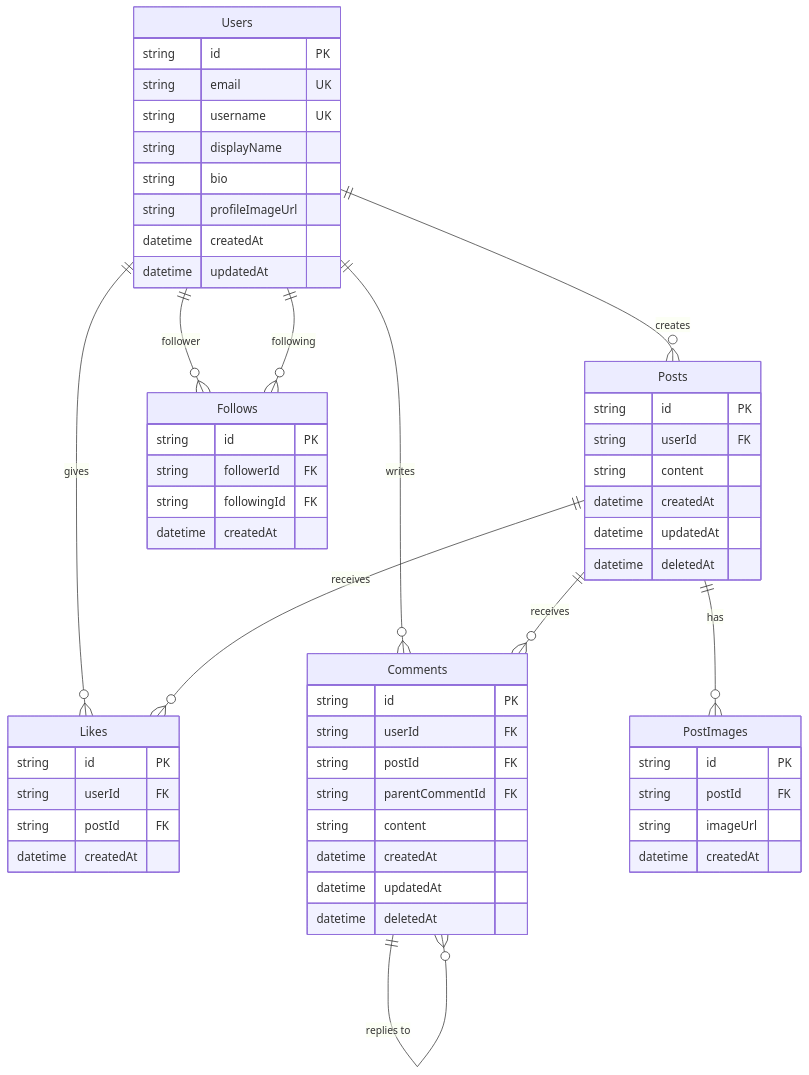
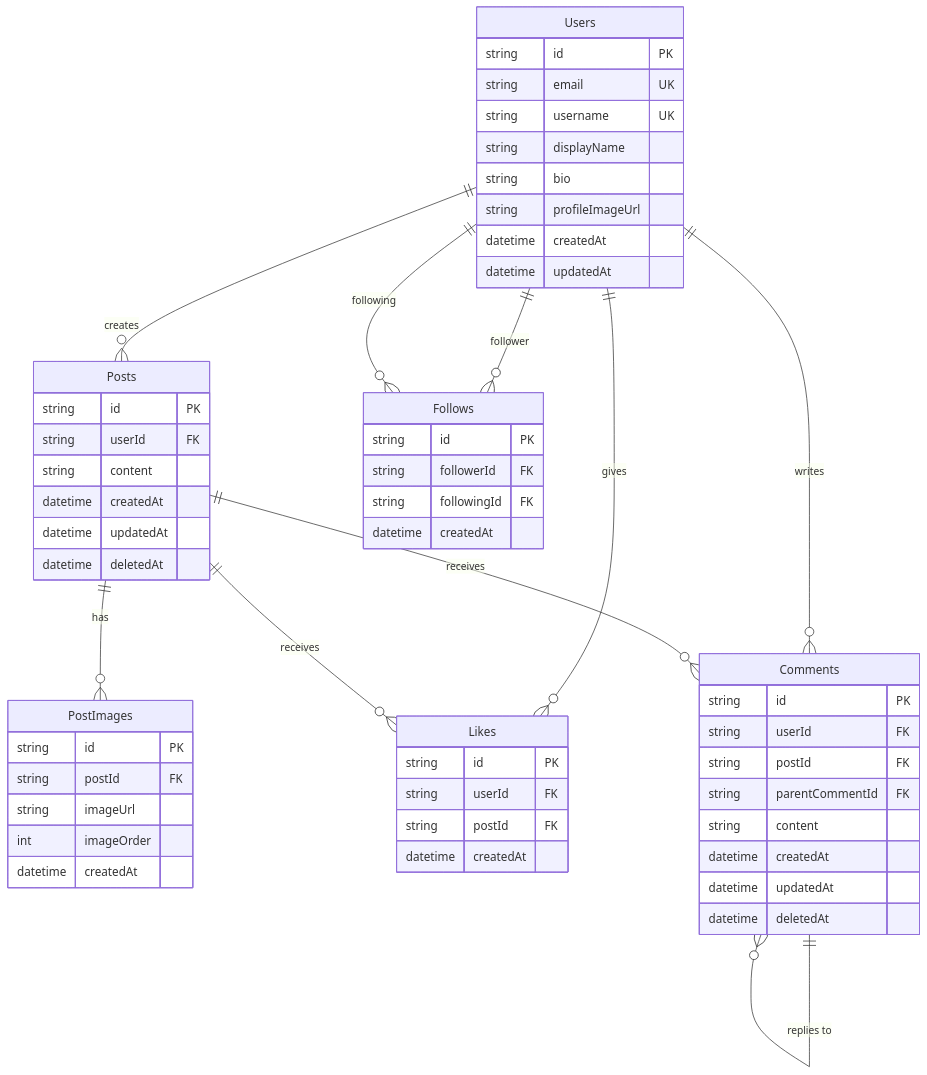
One commit to NAGIOuni/docker-prac changed the diagram in document.md. Above: the diagram before and after it, drawn with Mermaid. The commit also changed other lines of this file and 1 other file, not shown here.

````diff
--- a/document.md
+++ b/document.md
@@ -75,64 +87,65 @@
 ```mermaid
 erDiagram
     Users {
         string id PK
         string email UK
         string username UK
         string displayName
         string bio
         string profileImageUrl
         datetime createdAt
         datetime updatedAt
     }
 
     Posts {
         string id PK
         string userId FK
         string content
         datetime createdAt
         datetime updatedAt
         datetime deletedAt
+    }
+
+    PostImages {
+        string id PK
+        string postId FK
+        string imageUrl
+        int imageOrder
+        datetime createdAt
     }
 
     Follows {
         string id PK
         string followerId FK
         string followingId FK
         datetime createdAt
     }
 
     Likes {
         string id PK
         string userId FK
         string postId FK
         datetime createdAt
     }
 
     Comments {
         string id PK
         string userId FK
         string postId FK
         string parentCommentId FK
         string content
         datetime createdAt
         datetime updatedAt
         datetime deletedAt
     }
 
-    PostImages {
-        string id PK
-        string postId FK
-        string imageUrl
-        datetime createdAt
-    }
-
     Users ||--o{ Posts : "creates"
     Users ||--o{ Follows : "follower"
     Users ||--o{ Follows : "following"
     Users ||--o{ Likes : "gives"
     Posts ||--o{ Likes : "receives"
+    Posts ||--o{ PostImages : "has"
     Users ||--o{ Comments : "writes"
     Posts ||--o{ Comments : "receives"
     Comments ||--o{ Comments : "replies to"
-    Posts ||--o{ PostImages : "has"
 ```
````
